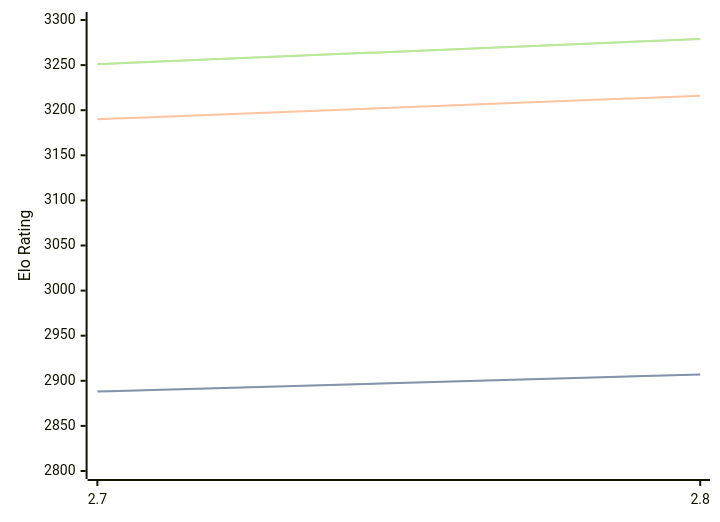
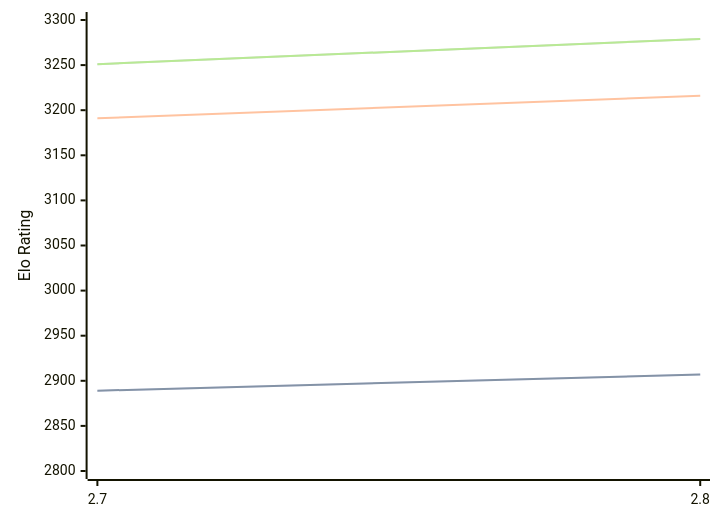
Before and after one commit to computer-chess-index/cci: the diagram in engines/Arcanum.md, drawn with Mermaid. The commit also changed other lines of this file, not shown here.

````diff
--- a/engines/Arcanum.md
+++ b/engines/Arcanum.md
@@ -44,11 +44,11 @@
 ```mermaid
 %%{init: {"theme":"base","themeVariables":{"seriesColors:['#a3a3a3','#222221','#faa371']}}}%%
 xychart-beta
   x-axis ["2.7", "2.8"]
   y-axis "Elo Rating" 2800 --> 3300
-  line "STC (8.0+0.08s)" [2888, 2907]
-  line "STC (8.0+0.08s)" [2888, 2907]
-  line "LTC (60.0+0.60s)" [3190, 3216]
+  line "STC (8.0+0.08s)" [2889, 2907]
+  line "STC (8.0+0.08s)" [2889, 2907]
+  line "LTC (60.0+0.60s)" [3191, 3216]
   line "VLTC (2m24s+1.12s)" [3251, 3279]
   line "VLTC (2m24s+1.12s)" [3251, 3279]
 ```
````
